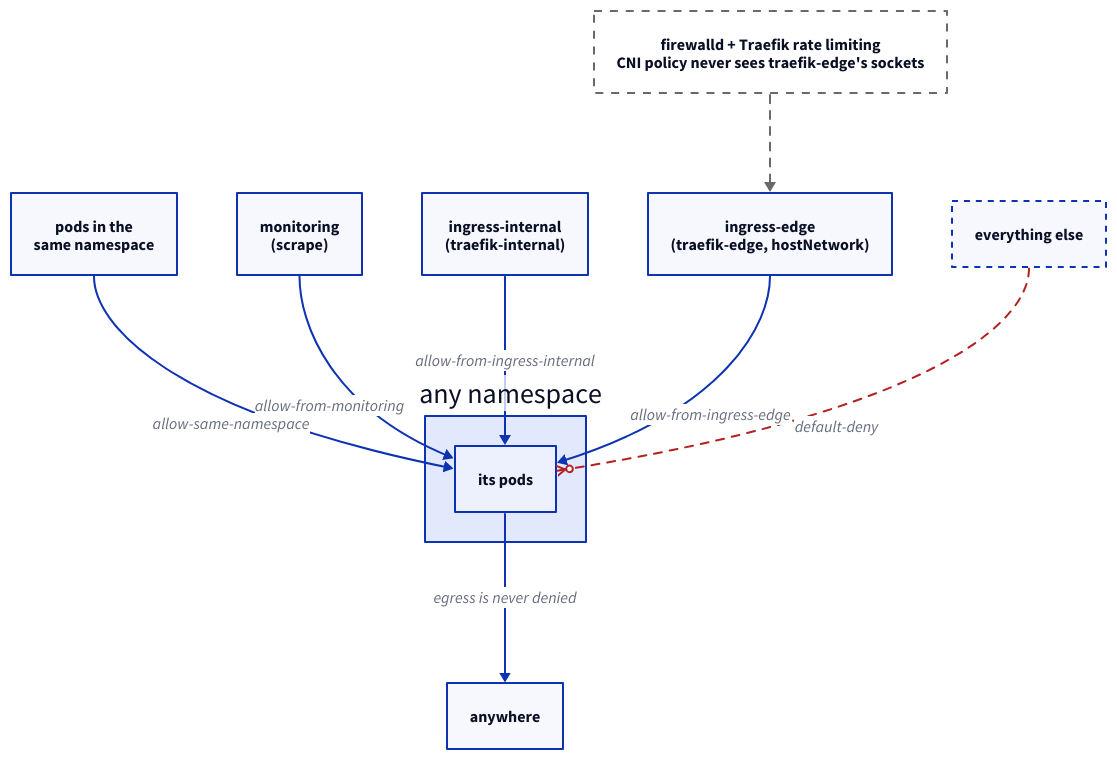
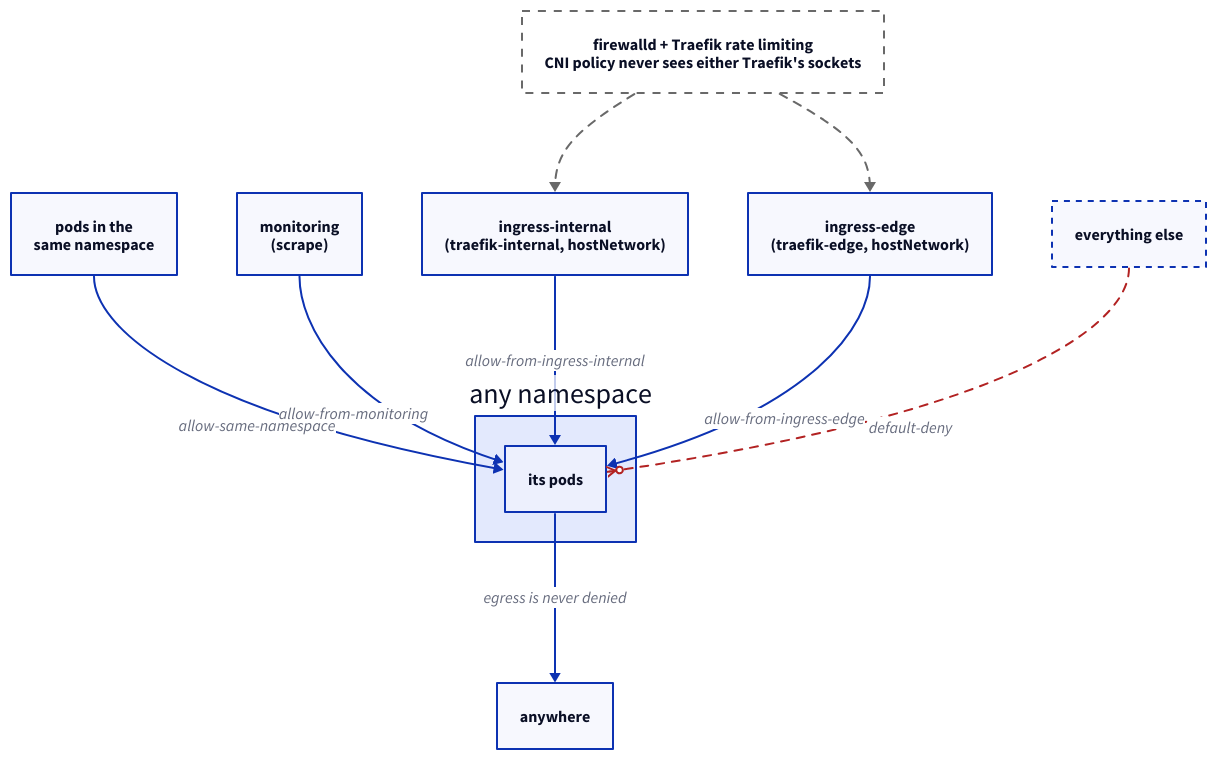
One commit to brewcoua/futhark changed the diagram in docs/src/conventions/network-policy.md. Above: the diagram before and after it, drawn with D2. The commit also changed other lines of this file and 14 other files, not shown here.

First line of the commit message:
feat(ingress)!: bind internal on node mesh IP

````diff
--- a/docs/src/conventions/network-policy.md
+++ b/docs/src/conventions/network-policy.md
@@ -23,50 +23,51 @@
 ```d2
 direction: down
 
 classes: {
   denied: {
     style: {
       stroke: firebrick
       stroke-dash: 4
     }
   }
   note: {
     style: {
       stroke: dimgray
       stroke-dash: 4
       fill: transparent
     }
   }
   noteline: {
     style: {
       stroke: dimgray
       stroke-dash: 4
     }
   }
 }
 
 ns: "any namespace" {
   label.near: outside-top-left
   pods: its pods
 }
 
 same: pods in the\nsame namespace
 mon: monitoring\n(scrape)
-int: "ingress-internal\n(traefik-internal)"
+int: "ingress-internal\n(traefik-internal, hostNetwork)"
 edge: "ingress-edge\n(traefik-edge, hostNetwork)"
 other: everything else { style.stroke-dash: 3 }
 
 same -> ns.pods: allow-same-namespace
 mon -> ns.pods: allow-from-monitoring
 int -> ns.pods: allow-from-ingress-internal
 edge -> ns.pods: allow-from-ingress-edge
 other -> ns.pods: "default-deny" {
   class: denied
   target-arrowhead.shape: cf-many
 }
 
 ns.pods -> anywhere: egress is never denied
 
-firewalld: "firewalld + Traefik rate limiting\nCNI policy never sees traefik-edge's sockets" { class: note }
+firewalld: "firewalld + Traefik rate limiting\nCNI policy never sees either Traefik's sockets" { class: note }
 firewalld -> edge { class: noteline }
+firewalld -> int { class: noteline }
 ```
````
